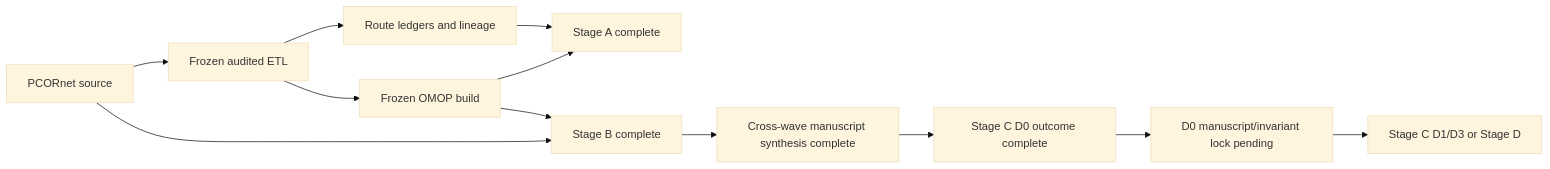
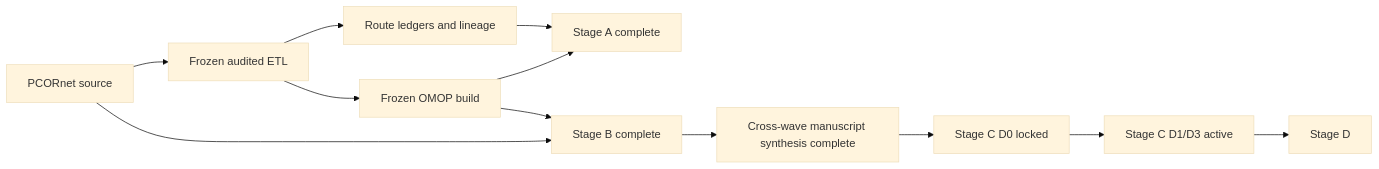
Before and after one commit to vafaei-ar/pcornet-omop-validation: the first of 2 diagrams in docs/current_status_and_publication_plan.md, drawn with Mermaid (base theme). The commit also changed other lines of this file, not shown here.

Commit message:
Update Stage C D1/D3 execution status

````diff
--- a/docs/current_status_and_publication_plan.md
+++ b/docs/current_status_and_publication_plan.md
@@ -17,14 +17,14 @@
 ```mermaid
 flowchart LR
     A[PCORnet source] --> B[Frozen audited ETL]
     B --> C[Frozen OMOP build]
     B --> D[Route ledgers and lineage]
     C --> E[Stage A complete]
     D --> E
     A --> F[Stage B complete]
     C --> F
     F --> G[Cross-wave manuscript synthesis complete]
-    G --> H[Stage C D0 outcome complete]
-    H --> I[D0 manuscript/invariant lock pending]
-    I --> J[Stage C D1/D3 or Stage D]
+    G --> H[Stage C D0 locked]
+    H --> I[Stage C D1/D3 active]
+    I --> J[Stage D]
 ```
````
